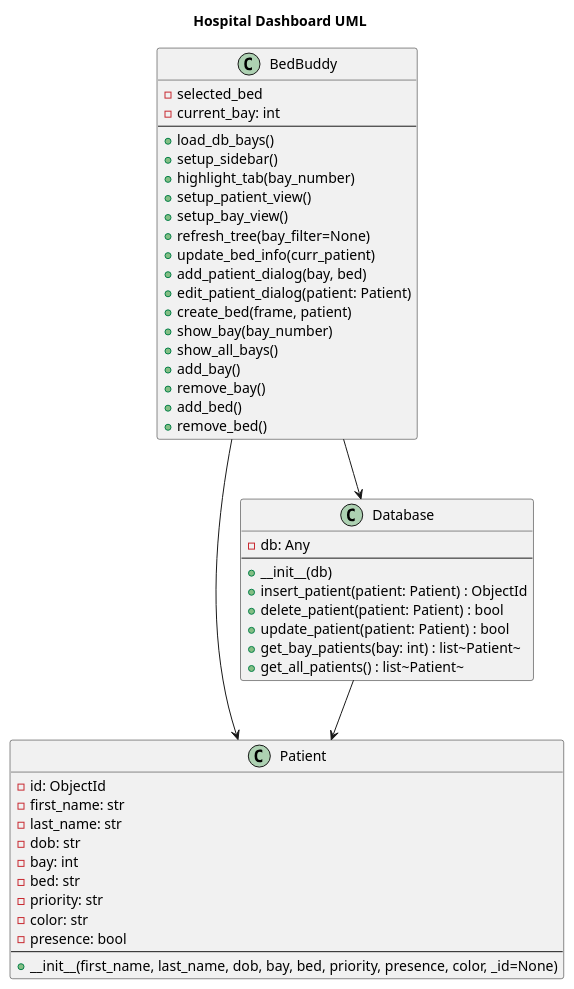
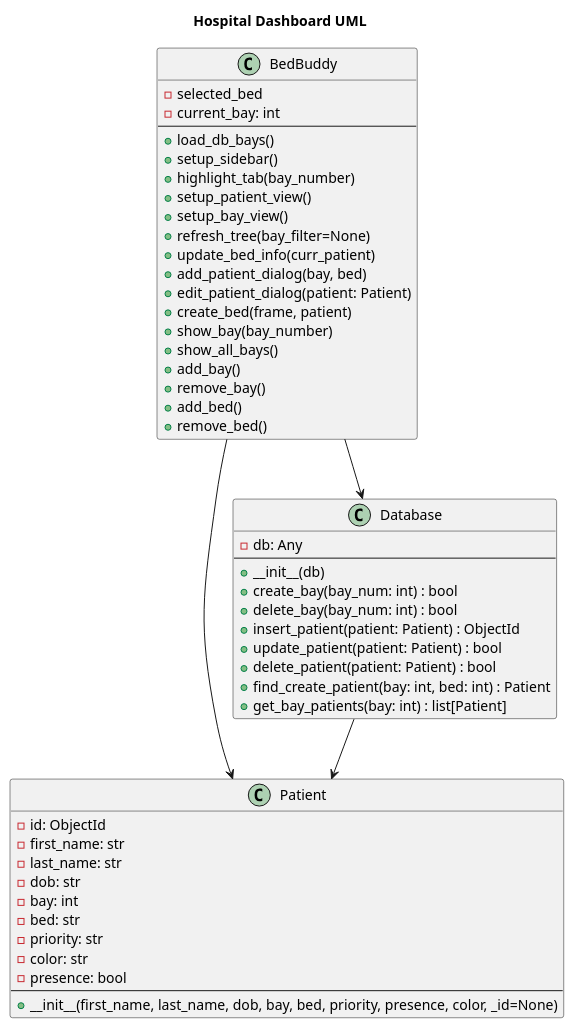
Before and after one commit to tkaes/bedbuddy: the diagram in ui/UI.puml, drawn with PlantUML.

Commit message:
Update UI UML file - Update Database class

```diff
--- a/ui/UI.puml
+++ b/ui/UI.puml
@@ -1,57 +1,59 @@
 @startuml
 title Hospital Dashboard UML
 
 ' ---------------- Classes ----------------
 class Patient {
     - id: ObjectId
     - first_name: str
     - last_name: str
     - dob: str
     - bay: int
     - bed: str
     - priority: str
     - color: str
     - presence: bool
     --
     + __init__(first_name, last_name, dob, bay, bed, priority, presence, color, _id=None)
 }
 
 class Database {
     - db: Any
     --
     + __init__(db)
+    + create_bay(bay_num: int) : bool
+    + delete_bay(bay_num: int) : bool
     + insert_patient(patient: Patient) : ObjectId
+    + update_patient(patient: Patient) : bool
     + delete_patient(patient: Patient) : bool
-    + update_patient(patient: Patient) : bool
-    + get_bay_patients(bay: int) : list~Patient~
-    + get_all_patients() : list~Patient~
+    + find_create_patient(bay: int, bed: int) : Patient
+    + get_bay_patients(bay: int) : list[Patient]
 }
 
 class BedBuddy {
     - selected_bed
     - current_bay: int
     --
     + load_db_bays()
     + setup_sidebar()
     + highlight_tab(bay_number)
     + setup_patient_view()
     + setup_bay_view()
     + refresh_tree(bay_filter=None)
     + update_bed_info(curr_patient)
     + add_patient_dialog(bay, bed)
     + edit_patient_dialog(patient: Patient)
     + create_bed(frame, patient)
     + show_bay(bay_number)
     + show_all_bays()
     + add_bay()
     + remove_bay()
     + add_bed()
     + remove_bed()
 }
 
 ' ---------------- Relationships ----------------
 Database  --> Patient
 BedBuddy -->  Database
 BedBuddy -->  Patient
 
 @enduml
```
